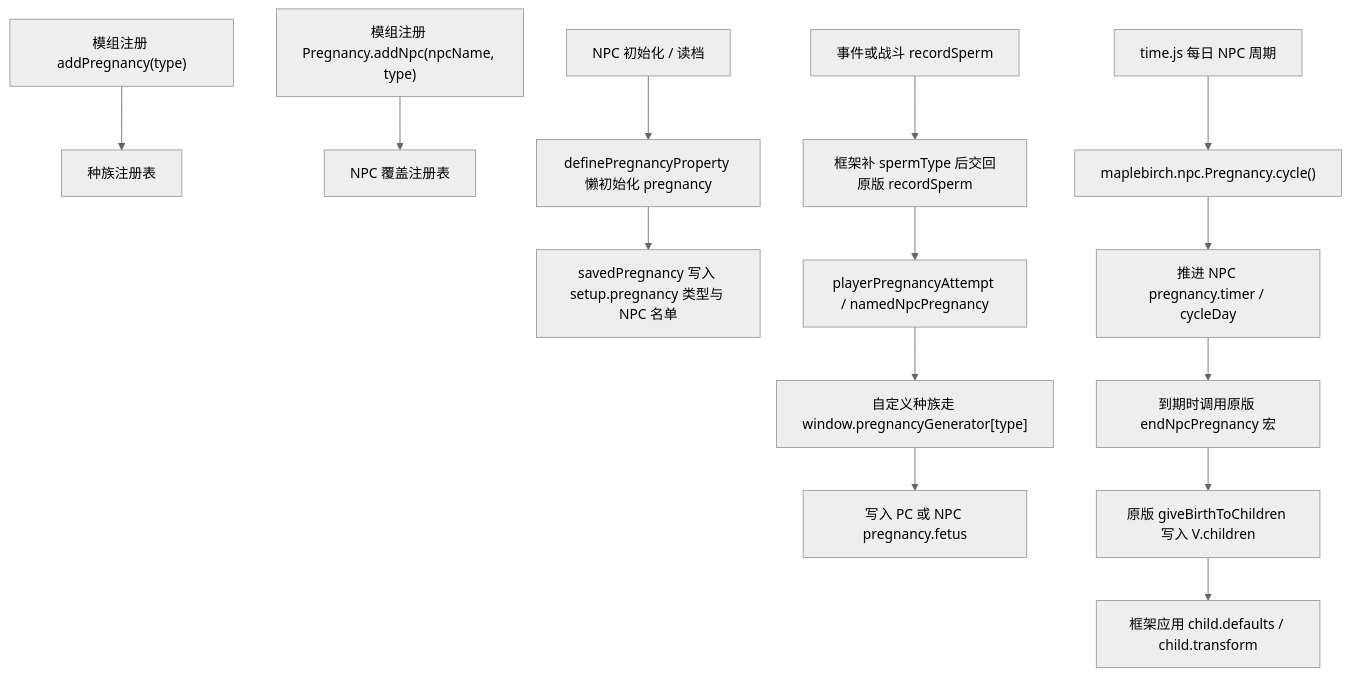
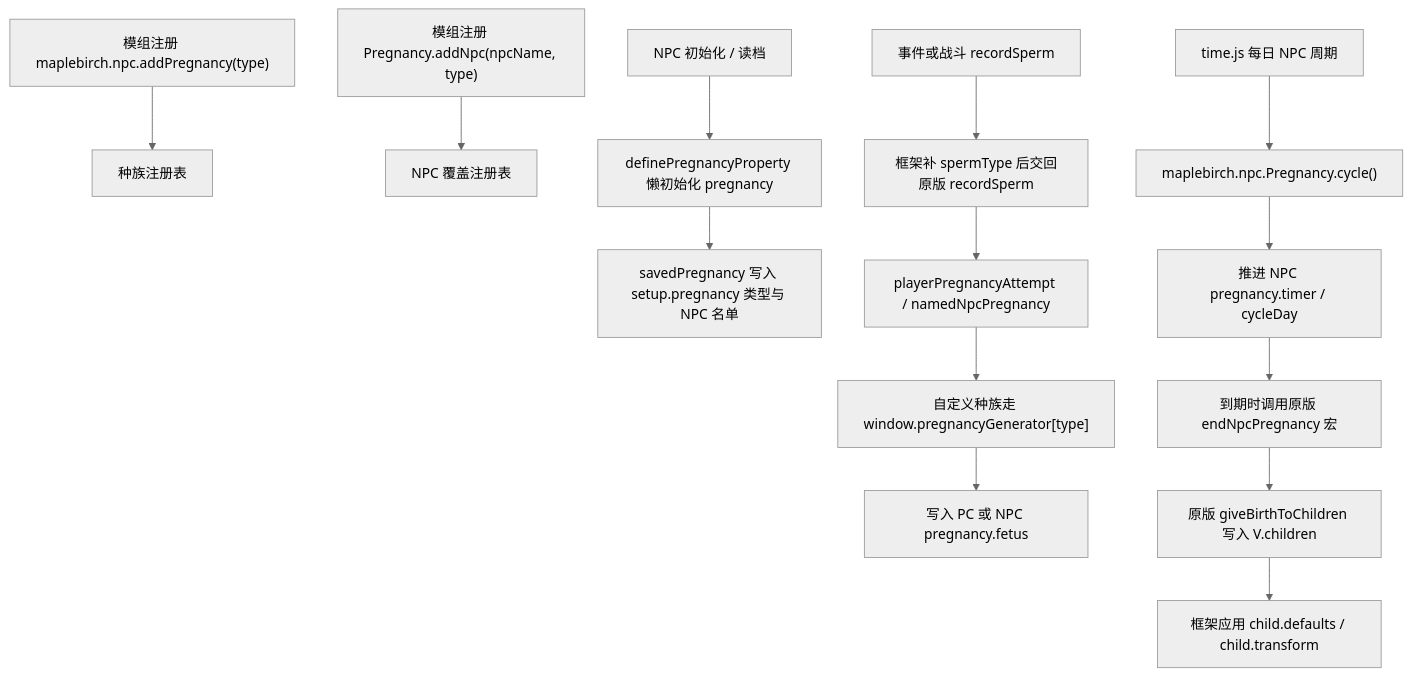
Before and after one commit to MaplebirchLeaf/SCML-DOL-maplebirchFramework: the diagram in docs/CN/NamedNPC/NamedNPCPregnancy.md, drawn with Mermaid (neutral theme). The commit also changed other lines of this file and 31 other files, not shown here.

````diff
--- a/docs/CN/NamedNPC/NamedNPCPregnancy.md
+++ b/docs/CN/NamedNPC/NamedNPCPregnancy.md
@@ -226,16 +226,16 @@
 ```mermaid
 flowchart TD
-  A["模组注册 addPregnancy(type)"] --> B["种族注册表"]
+  A["模组注册 maplebirch.npc.addPregnancy(type)"] --> B["种族注册表"]
   C["模组注册 Pregnancy.addNpc(npcName, type)"] --> D["NPC 覆盖注册表"]
   E["NPC 初始化 / 读档"] --> F["definePregnancyProperty 懒初始化 pregnancy"]
   F --> G["savedPregnancy 写入 setup.pregnancy 类型与 NPC 名单"]
   H["事件或战斗 recordSperm"] --> I["框架补 spermType 后交回原版 recordSperm"]
   I --> J["playerPregnancyAttempt / namedNpcPregnancy"]
   J --> K["自定义种族走 window.pregnancyGenerator[type]"]
   K --> L["写入 PC 或 NPC pregnancy.fetus"]
   M["time.js 每日 NPC 周期"] --> N["maplebirch.npc.Pregnancy.cycle()"]
   N --> O["推进 NPC pregnancy.timer / cycleDay"]
   O --> P["到期时调用原版 endNpcPregnancy 宏"]
   P --> Q["原版 giveBirthToChildren 写入 V.children"]
   Q --> R["框架应用 child.defaults / child.transform"]
 ```
````
